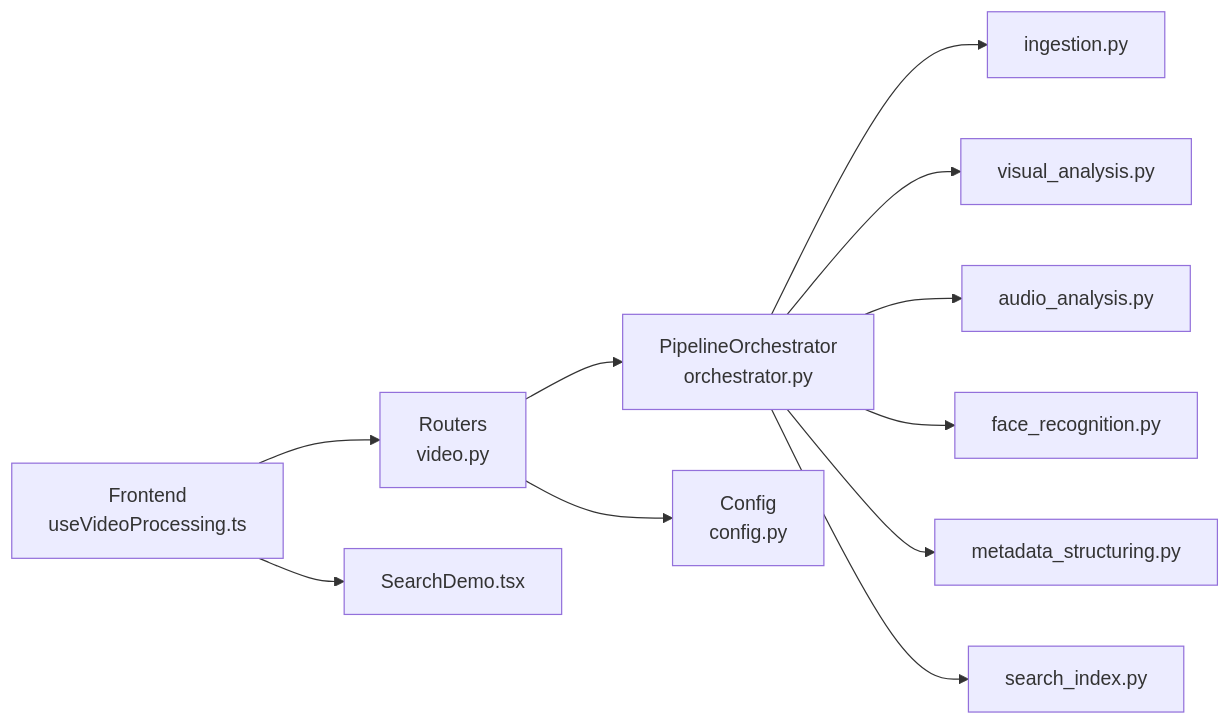
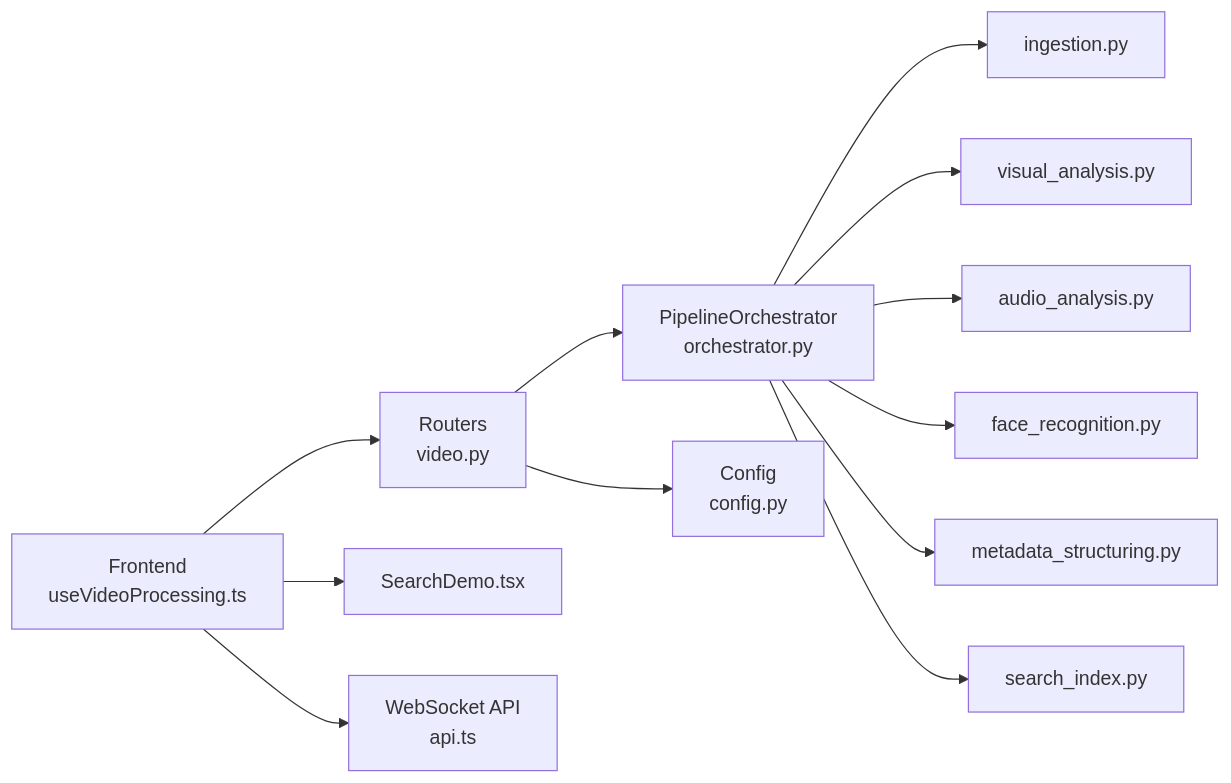
Before and after one commit to alexandreybasta-cyber/dubai-media-ai: the eighth of 8 diagrams in .qoder/repowiki/en/content/Media Processing Pipeline/Pipeline Overview and Architecture.md, drawn with Mermaid. The commit also changed other lines of this file and 19 other files, not shown here.

````diff
--- a/.qoder/repowiki/en/content/Media Processing Pipeline/Pipeline Overview and Architecture.md
+++ b/.qoder/repowiki/en/content/Media Processing Pipeline/Pipeline Overview and Architecture.md
@@ -480,13 +521,14 @@
 ```mermaid
 graph LR
 ORCH["PipelineOrchestrator<br/>orchestrator.py"] --> ST1["ingestion.py"]
 ORCH --> ST2["visual_analysis.py"]
 ORCH --> ST3["audio_analysis.py"]
 ORCH --> ST4["face_recognition.py"]
 ORCH --> ST5["metadata_structuring.py"]
 ORCH --> ST6["search_index.py"]
 ROUTER["Routers<br/>video.py"] --> ORCH
 ROUTER --> CFG["Config<br/>config.py"]
 FRONT["Frontend<br/>useVideoProcessing.ts"] --> ROUTER
 FRONT --> SEARCH["SearchDemo.tsx"]
+FRONT --> WS["WebSocket API<br/>api.ts"]
 ```
````
